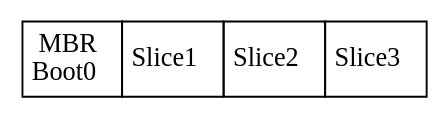
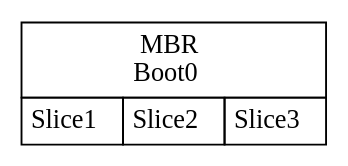
Before and after one commit to omussell/homelab: the diagram in pic/disklayout.gv, drawn with Graphviz. The commit also changed 1 other file, not shown here.

```diff
--- a/pic/disklayout.gv
+++ b/pic/disklayout.gv
@@ -1,11 +1,13 @@
 digraph disklayout {
 	abc [shape=none, margin=0, label=<
 	<TABLE BORDER="0" CELLBORDER="1" CELLSPACING="0" CELLPADDING="4">
 		<TR>
 			<TD COLSPAN="6">MBR<BR/>Boot0</TD>
+		</TR>
+		<TR>
 			<TD ROWSPAN="2">Slice1</TD>
 			<TD ROWSPAN="2">Slice2</TD>
 			<TD ROWSPAN="2">Slice3</TD>
 		</TR>
 	</TABLE>>];
 }
```
